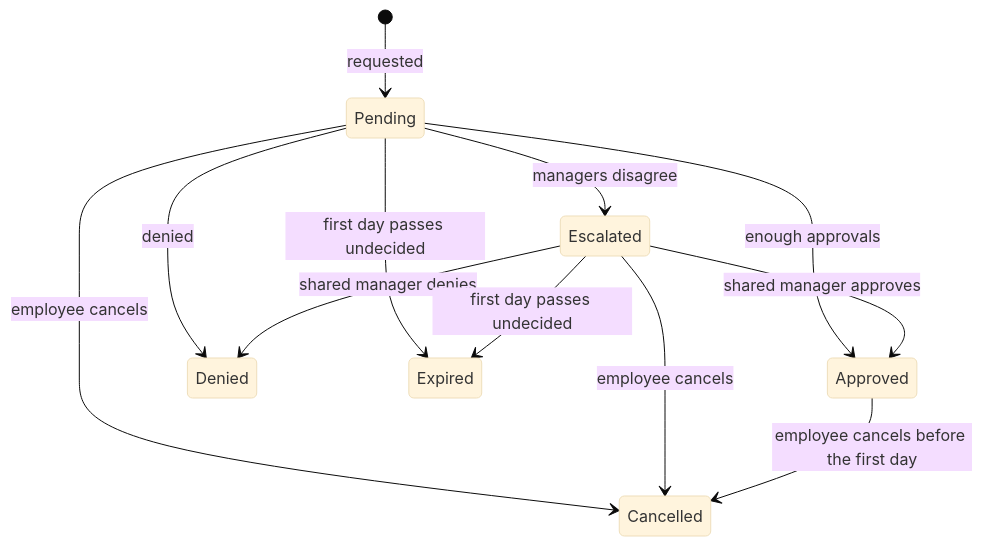
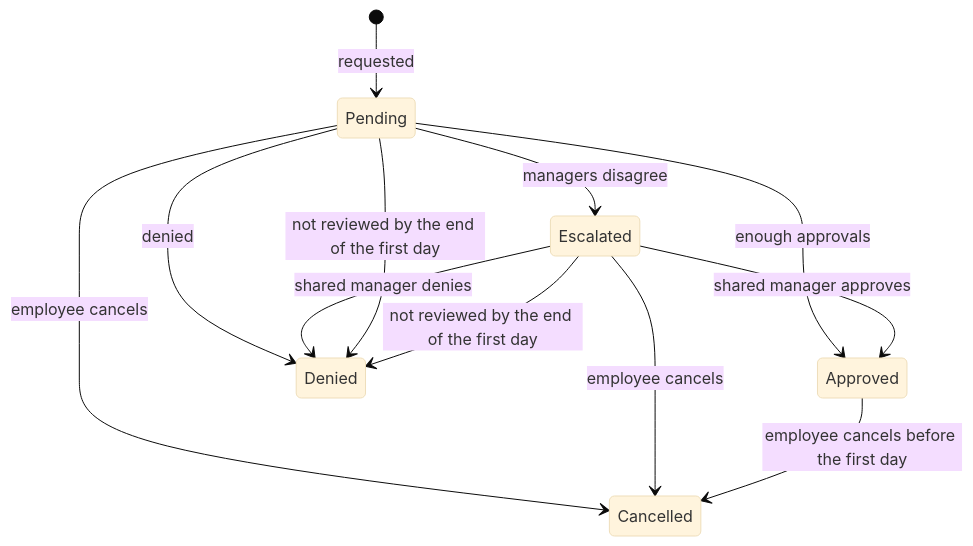
One commit to workforce-ops-app/workforce-ops-backend changed the second of 2 diagrams in docs/features/time-off.md. Above: the diagram before and after it, drawn with Mermaid (base theme). The commit also changed other lines of this file and 2 other files, not shown here.

````diff
--- a/docs/features/time-off.md
+++ b/docs/features/time-off.md
@@ -53,14 +53,14 @@
 ```mermaid
 stateDiagram-v2
     [*] --> Pending: requested
     Pending --> Approved: enough approvals
     Pending --> Denied: denied
     Pending --> Escalated: managers disagree
     Escalated --> Approved: shared manager approves
     Escalated --> Denied: shared manager denies
     Pending --> Cancelled: employee cancels
     Escalated --> Cancelled: employee cancels
     Approved --> Cancelled: employee cancels before the first day
-    Pending --> Expired: first day passes undecided
-    Escalated --> Expired: first day passes undecided
+    Pending --> Denied: not reviewed by the end of the first day
+    Escalated --> Denied: not reviewed by the end of the first day
 ```
````
